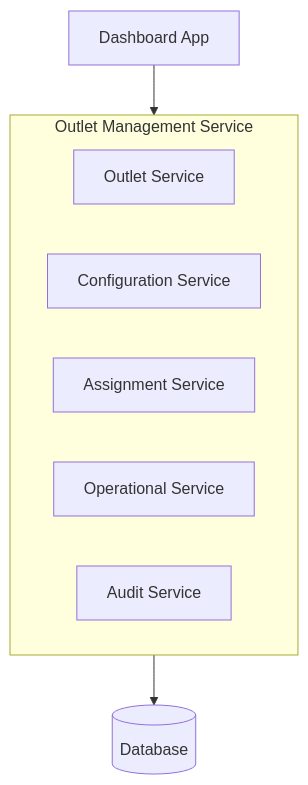
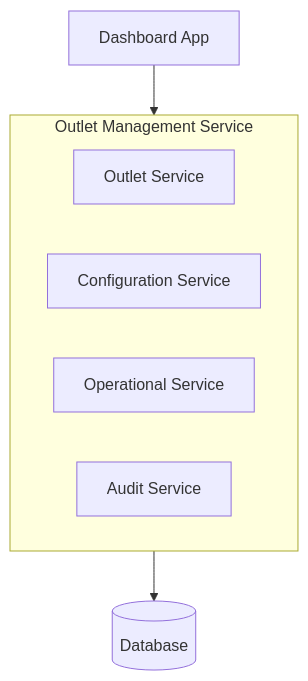
Before and after one commit to whykrr/sollu-app: the first of 2 diagrams in prd/PRD Outlet Management.md, drawn with Mermaid. The commit also changed other lines of this file and 78 other files, not shown here.

````diff
--- a/prd/PRD Outlet Management.md
+++ b/prd/PRD Outlet Management.md
@@ -215,17 +299,16 @@
 ```mermaid
 flowchart TD
     APP[Dashboard App]
 
     subgraph OMS["Outlet Management Service"]
         OS[Outlet Service]
         CS[Configuration Service]
-        AS[Assignment Service]
         OPS[Operational Service]
         AUS[Audit Service]
     end
 
     DB[(Database)]
 
     APP --> OMS
     OMS --> DB
 ```
````
